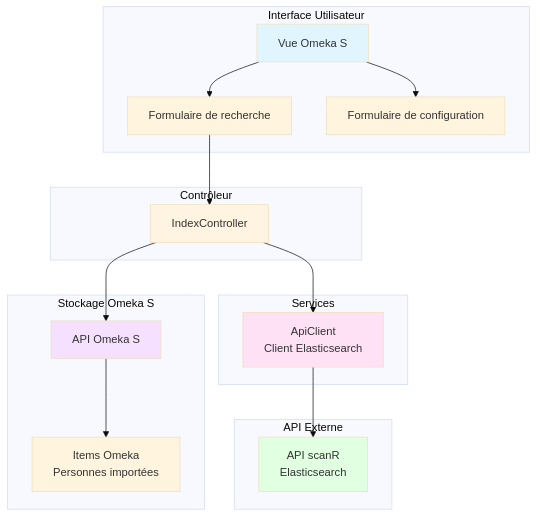
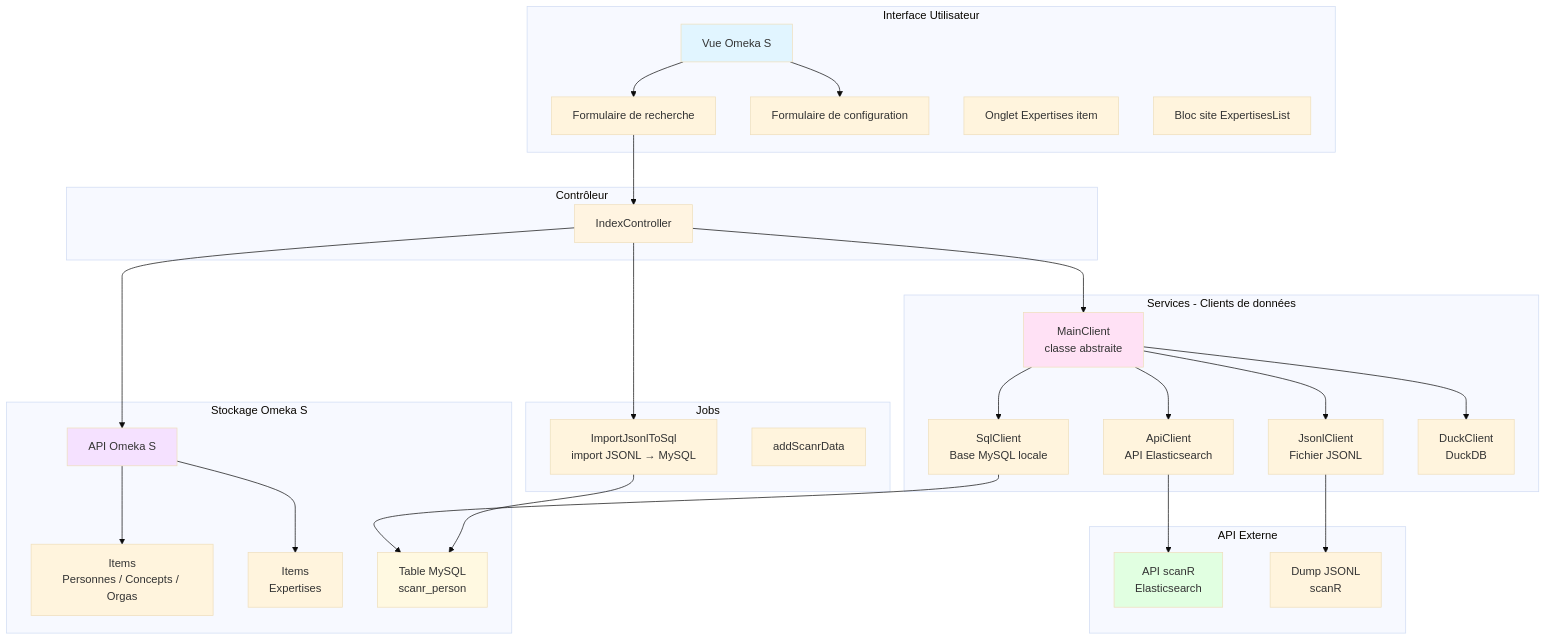
The first of 3 diagrams in README.md (samszo/Omeka-S-module-Scanr), drawn with Mermaid (base theme) before and after one commit. The commit also changed other lines of this file, not shown here.

````diff
--- a/README.md
+++ b/README.md
@@ -15,39 +15,63 @@
 ```mermaid
 graph TB
     subgraph "Interface Utilisateur"
         UI[Vue Omeka S]
         SearchForm[Formulaire de recherche]
         ConfigForm[Formulaire de configuration]
+        ExpertisesTab[Onglet Expertises item]
+        ExpertisesBlock[Bloc site ExpertisesList]
     end
-    
+
     subgraph "Contrôleur"
         Controller[IndexController]
     end
-    
-    subgraph "Services"
-        ApiClient[ApiClient<br/>Client Elasticsearch]
+
+    subgraph "Services - Clients de données"
+        MainClient[MainClient<br/>classe abstraite]
+        ApiClient[ApiClient<br/>API Elasticsearch]
+        SqlClient[SqlClient<br/>Base MySQL locale]
+        JsonlClient[JsonlClient<br/>Fichier JSONL]
+        DuckClient[DuckClient<br/>DuckDB]
     end
-    
+
+    subgraph "Jobs"
+        ImportJob[ImportJsonlToSql<br/>import JSONL → MySQL]
+        AddScanrJob[addScanrData]
+    end
+
     subgraph "API Externe"
         ScanrAPI[API scanR<br/>Elasticsearch]
+        ScanrDump[Dump JSONL<br/>scanR]
     end
-    
+
     subgraph "Stockage Omeka S"
         OmekaAPI[API Omeka S]
-        Items[Items Omeka<br/>Personnes importées]
+        Items[Items<br/>Personnes / Concepts / Orgas]
+        ExpertiseItems[Items<br/>Expertises]
+        MySQLTable[Table MySQL<br/>scanr_person]
     end
-    
+
     UI --> SearchForm
     UI --> ConfigForm
     SearchForm --> Controller
-    Controller --> ApiClient
+    Controller --> MainClient
+    MainClient --> ApiClient
+    MainClient --> SqlClient
+    MainClient --> JsonlClient
+    MainClient --> DuckClient
     ApiClient --> ScanrAPI
+    SqlClient --> MySQLTable
+    JsonlClient --> ScanrDump
     Controller --> OmekaAPI
     OmekaAPI --> Items
-    
+    OmekaAPI --> ExpertiseItems
+    Controller --> ImportJob
+    ImportJob --> MySQLTable
+
     style UI fill:#e1f5ff
     style Controller fill:#fff4e1
-    style ApiClient fill:#ffe1f5
+    style MainClient fill:#ffe1f5
     style ScanrAPI fill:#e1ffe1
     style OmekaAPI fill:#f5e1ff
+    style MySQLTable fill:#fff9e1
 ```
````
